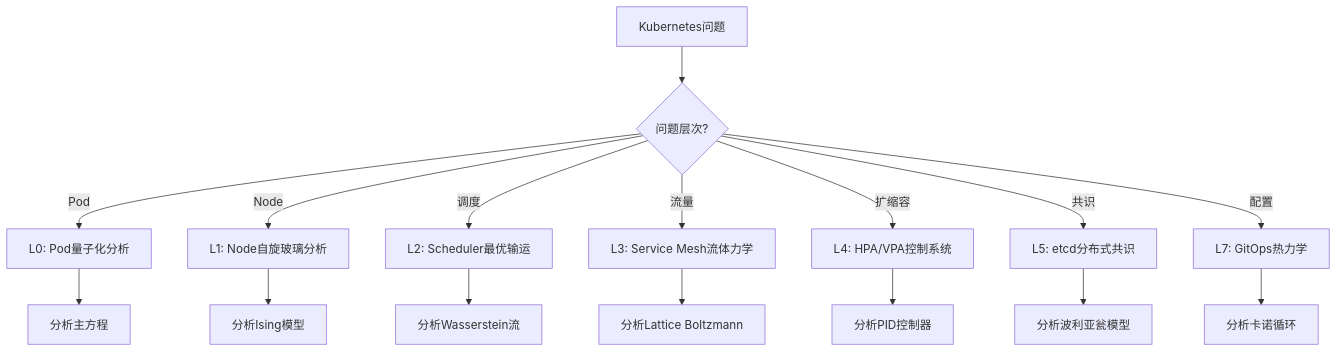
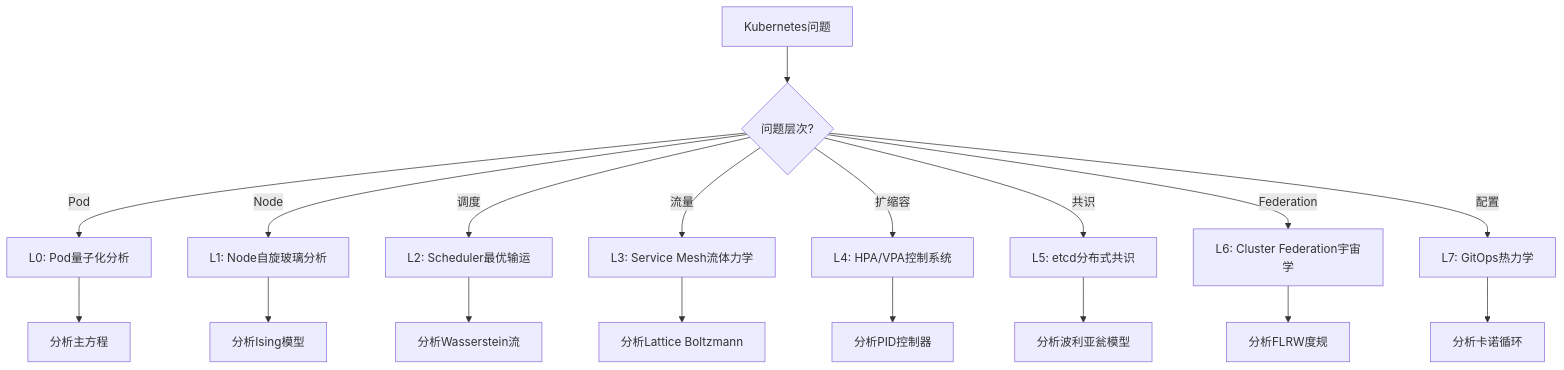
The third of 9 diagrams in view/FormalScience/07_IT行业形式化应用/07.1_Kubernetes动力学.md (AdaMartin18010/FormalScience), drawn with Mermaid before and after one commit. The commit also changed other lines of this file and 33 other files, not shown here.

````diff
--- a/view/FormalScience/07_IT行业形式化应用/07.1_Kubernetes动力学.md
+++ b/view/FormalScience/07_IT行业形式化应用/07.1_Kubernetes动力学.md
@@ -633,20 +988,22 @@
 ```mermaid
 graph TD
     A[Kubernetes问题] --> B{问题层次?}
 
     B -->|Pod| C[L0: Pod量子化分析]
     B -->|Node| D[L1: Node自旋玻璃分析]
     B -->|调度| E[L2: Scheduler最优输运]
     B -->|流量| F[L3: Service Mesh流体力学]
     B -->|扩缩容| G[L4: HPA/VPA控制系统]
     B -->|共识| H[L5: etcd分布式共识]
+    B -->|Federation| I1[L6: Cluster Federation宇宙学]
     B -->|配置| I[L7: GitOps热力学]
 
     C --> J[分析主方程]
     D --> K[分析Ising模型]
     E --> L[分析Wasserstein流]
     F --> M[分析Lattice Boltzmann]
     G --> N[分析PID控制器]
     H --> O[分析波利亚瓮模型]
+    I1 --> O1[分析FLRW度规]
     I --> P[分析卡诺循环]
 ```
````
